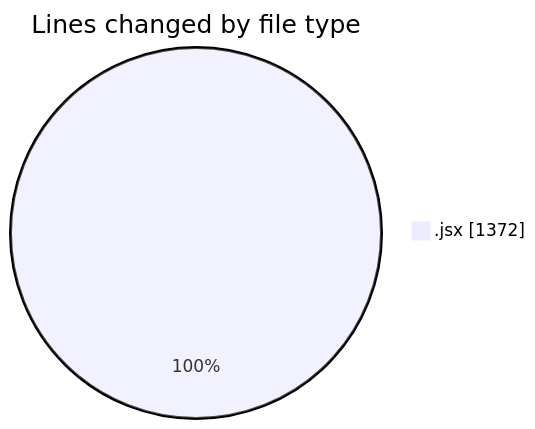
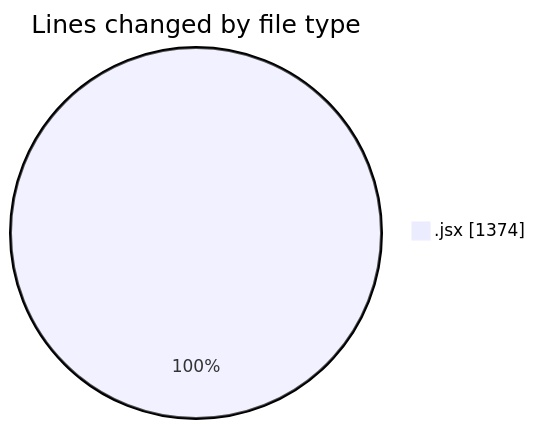
The first of 2 diagrams in 2025-05-13/argos-dev/README.md (nxtqubesakshisongat/code-tracking), drawn with Mermaid before and after one commit. The commit also changed other lines of this file and 1 other file, not shown here.

````diff
--- a/2025-05-13/argos-dev/README.md
+++ b/2025-05-13/argos-dev/README.md
@@ -22,5 +22,5 @@
 ```mermaid
 pie showData
 title Lines changed by file type
-".jsx" : 1372
+".jsx" : 1374
 ```
````
